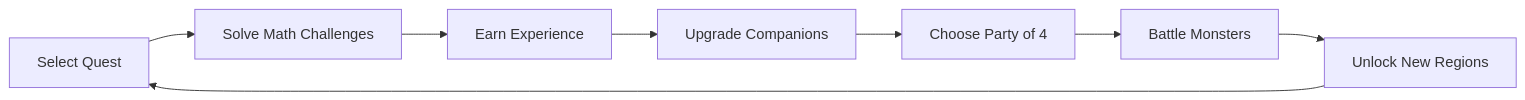
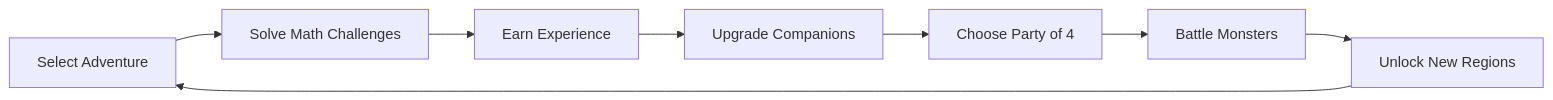
One commit to seyit-ivhed/playtolearn changed the first of 2 diagrams in docs/game-design-document.md. Above: the diagram before and after it, drawn with Mermaid. The commit also changed other lines of this file and 41 other files, not shown here.

````diff
--- a/docs/game-design-document.md
+++ b/docs/game-design-document.md
@@ -23,10 +23,10 @@
 ```mermaid
 graph LR
-    A[Select Quest] --> B[Solve Math Challenges]
+    A[Select Adventure] --> B[Solve Math Challenges]
     B --> C[Earn Experience]
     C --> D[Upgrade Companions]
     D --> E[Choose Party of 4]
     E --> F[Battle Monsters]
     F --> G[Unlock New Regions]
     G --> A
 ```
````
